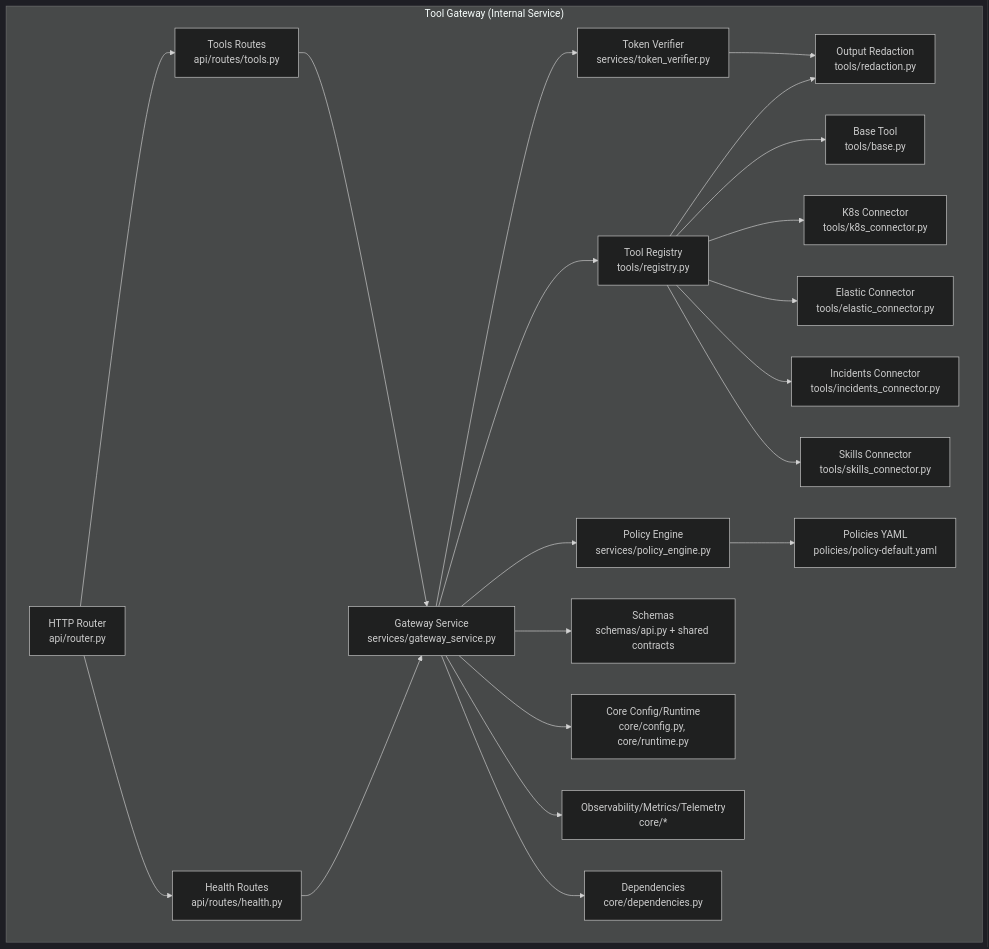
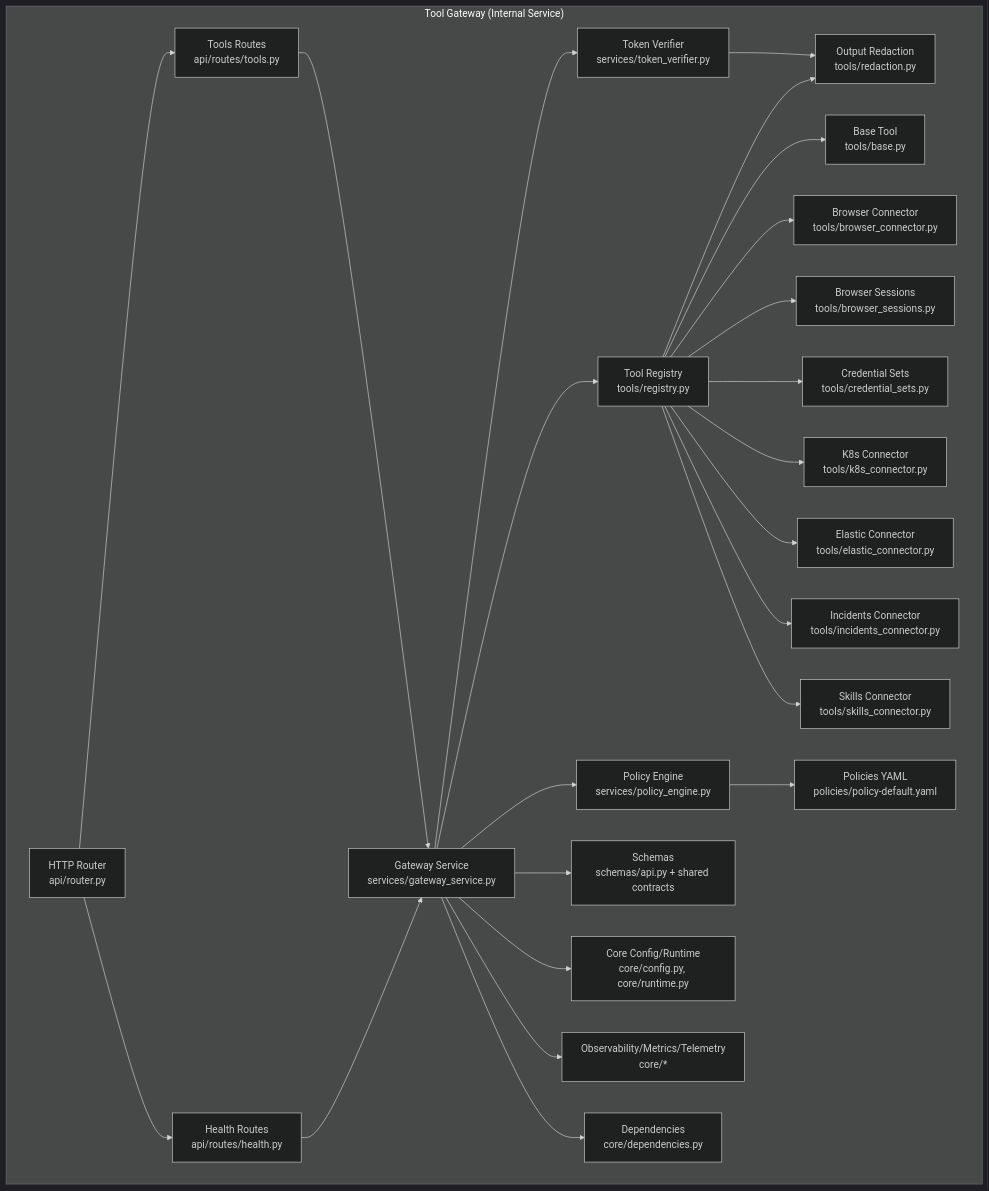
Before and after one commit to metasync/luban-aiops: the first of 14 diagrams in .qoder/repowiki/en/content/Tool Gateway Service/Tool Gateway Service.md, drawn with Mermaid (dark theme). The commit also changed other lines of this file and 6 other files, not shown here.

````diff
--- a/.qoder/repowiki/en/content/Tool Gateway Service/Tool Gateway Service.md
+++ b/.qoder/repowiki/en/content/Tool Gateway Service/Tool Gateway Service.md
@@ -96,42 +104,48 @@
 ```mermaid
 graph TB
 subgraph "Tool Gateway (Internal Service)"
 A["HTTP Router<br/>api/router.py"]
 B["Tools Routes<br/>api/routes/tools.py"]
 C["Health Routes<br/>api/routes/health.py"]
 D["Gateway Service<br/>services/gateway_service.py"]
 E["Policy Engine<br/>services/policy_engine.py"]
 F["Token Verifier<br/>services/token_verifier.py"]
 G["Tool Registry<br/>tools/registry.py"]
 H["Base Tool<br/>tools/base.py"]
-I["K8s Connector<br/>tools/k8s_connector.py"]
-J["Elastic Connector<br/>tools/elastic_connector.py"]
-K["Incidents Connector<br/>tools/incidents_connector.py"]
-L["Skills Connector<br/>tools/skills_connector.py"]
-M["Output Redaction<br/>tools/redaction.py"]
-N["Policies YAML<br/>policies/policy-default.yaml"]
-O["Schemas<br/>schemas/api.py + shared contracts"]
-P["Core Config/Runtime<br/>core/config.py, core/runtime.py"]
-Q["Observability/Metrics/Telemetry<br/>core/*"]
-R["Dependencies<br/>core/dependencies.py"]
+I["Browser Connector<br/>tools/browser_connector.py"]
+J["Browser Sessions<br/>tools/browser_sessions.py"]
+K["Credential Sets<br/>tools/credential_sets.py"]
+L["K8s Connector<br/>tools/k8s_connector.py"]
+M["Elastic Connector<br/>tools/elastic_connector.py"]
+N["Incidents Connector<br/>tools/incidents_connector.py"]
+O["Skills Connector<br/>tools/skills_connector.py"]
+P["Output Redaction<br/>tools/redaction.py"]
+Q["Policies YAML<br/>policies/policy-default.yaml"]
+R["Schemas<br/>schemas/api.py + shared contracts"]
+S["Core Config/Runtime<br/>core/config.py, core/runtime.py"]
+T["Observability/Metrics/Telemetry<br/>core/*"]
+U["Dependencies<br/>core/dependencies.py"]
 end
 A --> B
 A --> C
 B --> D
 C --> D
 D --> E
 D --> F
 D --> G
-F --> M
+F --> P
 G --> H
 G --> I
 G --> J
 G --> K
 G --> L
 G --> M
-E --> N
-D --> O
-D --> P
-D --> Q
+G --> N
+G --> O
+G --> P
+E --> Q
 D --> R
+D --> S
+D --> T
+D --> U
 ```
````
